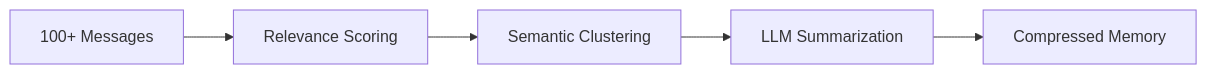
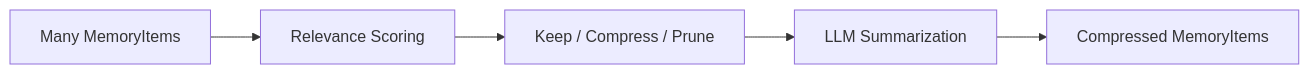
One commit to baselithcore/plugin-baselithbot changed the second of 2 diagrams in mkdocs-site/docs/core-modules/memory.md. Above: the diagram before and after it, drawn with Mermaid. The commit also changed other lines of this file and 68 other files, not shown here.

````diff
--- a/mkdocs-site/docs/core-modules/memory.md
+++ b/mkdocs-site/docs/core-modules/memory.md
@@ -302,7 +322,7 @@
 ```mermaid
 flowchart LR
-    Messages[100+ Messages] --> Relevance[Relevance Scoring]
-    Relevance --> Clustering[Semantic Clustering]
-    Clustering --> Summary[LLM Summarization]
-    Summary --> Compressed[Compressed Memory]
+    Memories[Many MemoryItems] --> Relevance[Relevance Scoring]
+    Relevance --> Classify[Keep / Compress / Prune]
+    Classify --> Summary[LLM Summarization]
+    Summary --> Compressed[Compressed MemoryItems]
 ```
````
